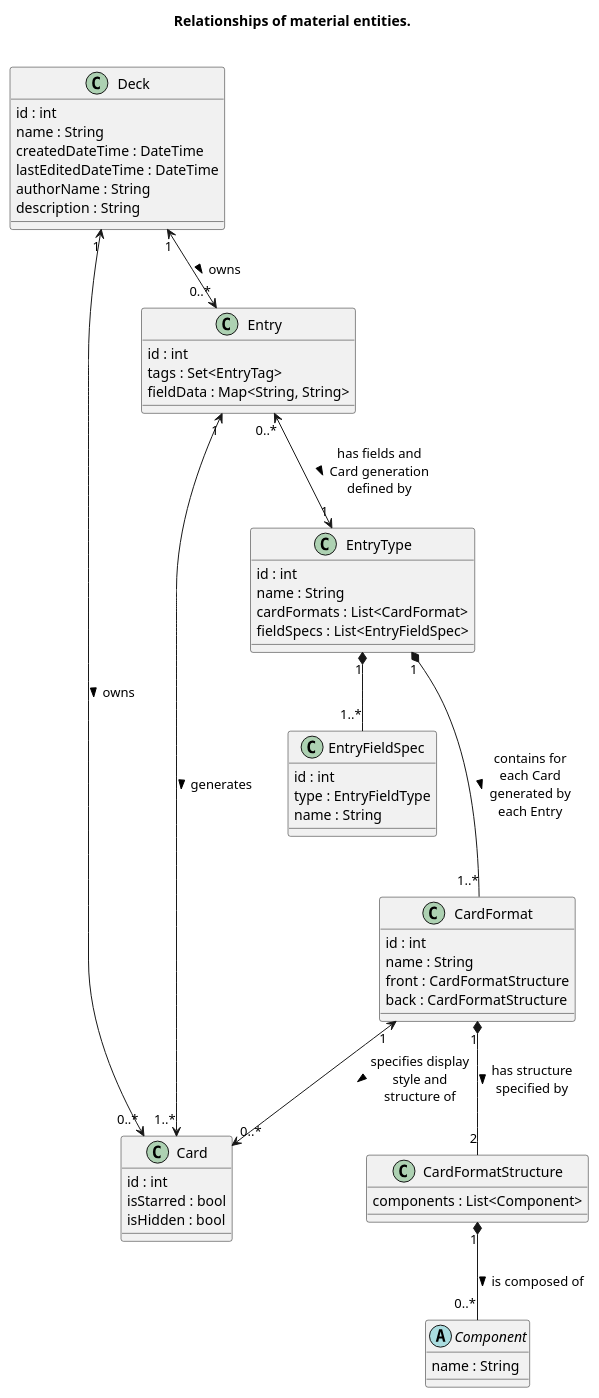
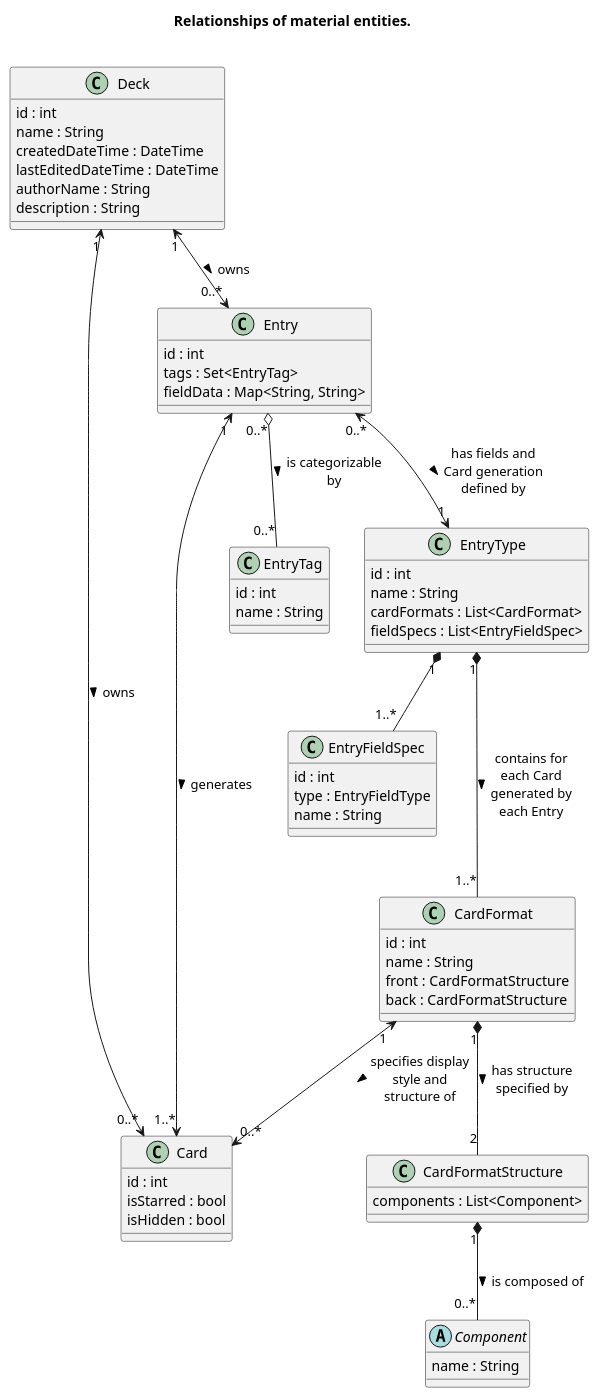
Before and after one commit to cervonwong/sona-flutter: the diagram in puml/material_entities.puml, drawn with PlantUML.

Commit message:
Docs(puml): Add EntryTag class

```diff
--- a/puml/material_entities.puml
+++ b/puml/material_entities.puml
@@ -1,62 +1,67 @@
 @startuml
 
 skinparam maxMessageSize 100
 skinparam shadowing false
 
 title Relationships of material entities.\n
 
 class Card {
 	id : int
 	isStarred : bool
 	isHidden : bool
 }
 class Entry {
 	id : int
 	tags : Set<EntryTag>
 	fieldData : Map<String, String>
 }
 class Deck {
 	id : int
 	name : String
 	createdDateTime : DateTime
 	lastEditedDateTime : DateTime
 	authorName : String
 	description : String
 }
 
 Deck "1" <--> "0..*" Entry : owns >
 Entry "1" <--> "1..*" Card : generates >
 Deck "1" <--> "0..*" Card : owns >
 
+class EntryTag {
+	id : int
+	name : String
+}
 class EntryType {
 	id : int
 	name : String
 	cardFormats : List<CardFormat>
 	fieldSpecs : List<EntryFieldSpec>
 }
 class EntryFieldSpec {
 	id : int
 	type : EntryFieldType
 	name : String
 }
 class CardFormat {
 	id : int
 	name : String
 	front : CardFormatStructure
 	back : CardFormatStructure
 }
 class CardFormatStructure {
 	components : List<Component>
 }
 abstract class Component {
 	name : String
 }
 
+Entry "0..*" o-- "0..*" EntryTag : is categorizable by >
 Entry "0..*" <--> "1" EntryType : has fields and Card generation defined by >
 EntryType "1" *--- "1..*" CardFormat : contains for each Card generated by each Entry >
 CardFormat "1" <--> "0..*" Card : specifies display style and structure of >
 EntryType "1" *-- "1..*" EntryFieldSpec
 CardFormat "1" *-- "2" CardFormatStructure : has structure specified by >
 CardFormatStructure "1" *-- "0..*" Component : is composed of >
 
 @enduml
```
